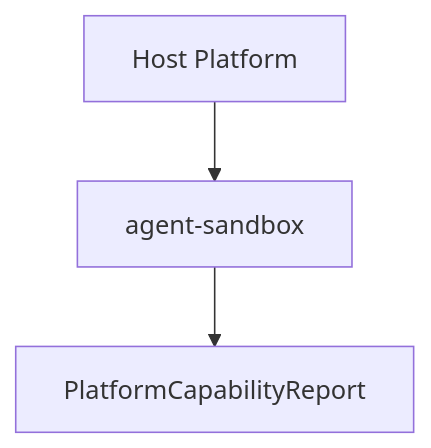
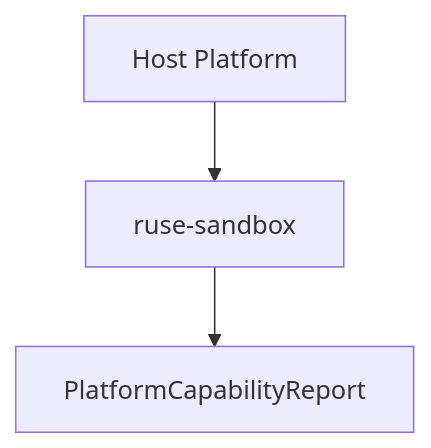
Before and after one commit to poneding/agent: the diagram in docs/specs/M12-05-platform-capability-report.spec.md, drawn with Mermaid. The commit also changed other lines of this file and 2091 other files, not shown here.

First line of the commit message:
refactor: rename agent branding to ruse

````diff
--- a/docs/specs/M12-05-platform-capability-report.spec.md
+++ b/docs/specs/M12-05-platform-capability-report.spec.md
@@ -31,5 +31,5 @@
 ```mermaid
 flowchart TD
-  host["Host Platform"] --> sandbox["agent-sandbox"]
+  host["Host Platform"] --> sandbox["ruse-sandbox"]
   sandbox --> report["PlatformCapabilityReport"]
 ```
````
